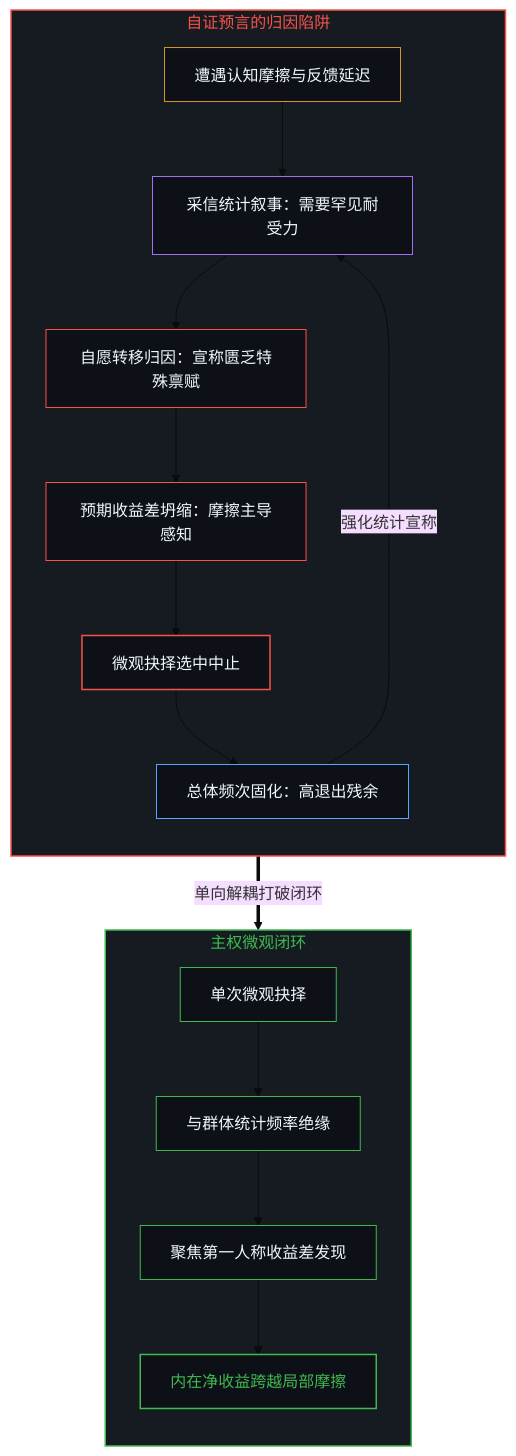
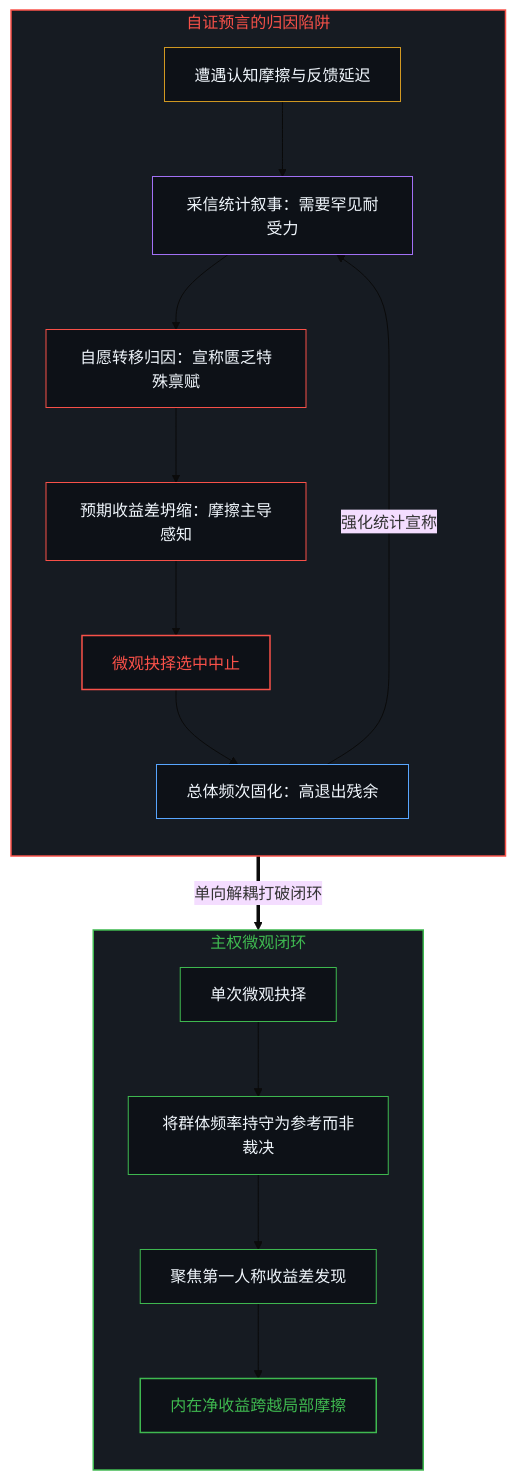
Before and after one commit to powerpig99/not-a-toe: the third of 4 diagrams in content/posts/the-causal-overstep-of-observation-and-the-first-person-surplus.md, drawn with Mermaid (base theme). The commit also changed other lines of this file and 21 other files, not shown here.

````diff
--- a/content/posts/the-causal-overstep-of-observation-and-the-first-person-surplus.md
+++ b/content/posts/the-causal-overstep-of-observation-and-the-first-person-surplus.md
@@ -87,31 +87,31 @@
 ```mermaid
 graph TD
     subgraph S_Trap ["自证预言的归因陷阱"]
         direction TB
         style S_Trap fill:#161b22,stroke:#f85149,stroke-width:1.5px,color:#f85149
         T1["遭遇认知摩擦与反馈延迟"] --> T2["采信统计叙事：需要罕见耐受力"]
         T2 --> T3["自愿转移归因：宣称匮乏特殊禀赋"]
         T3 --> T4["预期收益差坍缩：摩擦主导感知"]
         T4 --> T5["微观抉择选中中止"]
         T5 --> T6["总体频次固化：高退出残余"]
         T6 -->|"强化统计宣称"| T2
         style T1 fill:#0d1117,stroke:#d29922,stroke-width:1px,color:#f0f6fc
         style T2 fill:#0d1117,stroke:#a371f7,stroke-width:1px,color:#f0f6fc
         style T3 fill:#0d1117,stroke:#f85149,stroke-width:1px,color:#f0f6fc
         style T4 fill:#0d1117,stroke:#f85149,stroke-width:1px,color:#f0f6fc
-        style T5 fill:#0d1117,stroke:#f85149,stroke-width:1.5px,color:#f0f6fc
+        style T5 fill:#0d1117,stroke:#f85149,stroke-width:1.5px,color:#f85149
         style T6 fill:#0d1117,stroke:#58a6ff,stroke-width:1px,color:#f0f6fc
     end
     T6 ==>|"单向解耦打破闭环"| C1
     subgraph S_Sovereign ["主权微观闭环"]
         direction TB
         style S_Sovereign fill:#161b22,stroke:#3fb950,stroke-width:1.5px,color:#3fb950
-        C1["单次微观抉择"] --> C2["与群体统计频率绝缘"]
+        C1["单次微观抉择"] --> C2["将群体频率持守为参考而非裁决"]
         C2 --> C3["聚焦第一人称收益差发现"]
         C3 --> C4["内在净收益跨越局部摩擦"]
         style C1 fill:#0d1117,stroke:#3fb950,stroke-width:1px,color:#f0f6fc
         style C2 fill:#0d1117,stroke:#3fb950,stroke-width:1px,color:#f0f6fc
         style C3 fill:#0d1117,stroke:#3fb950,stroke-width:1px,color:#f0f6fc
         style C4 fill:#0d1117,stroke:#3fb950,stroke-width:1.5px,color:#3fb950
     end
 ```
````
